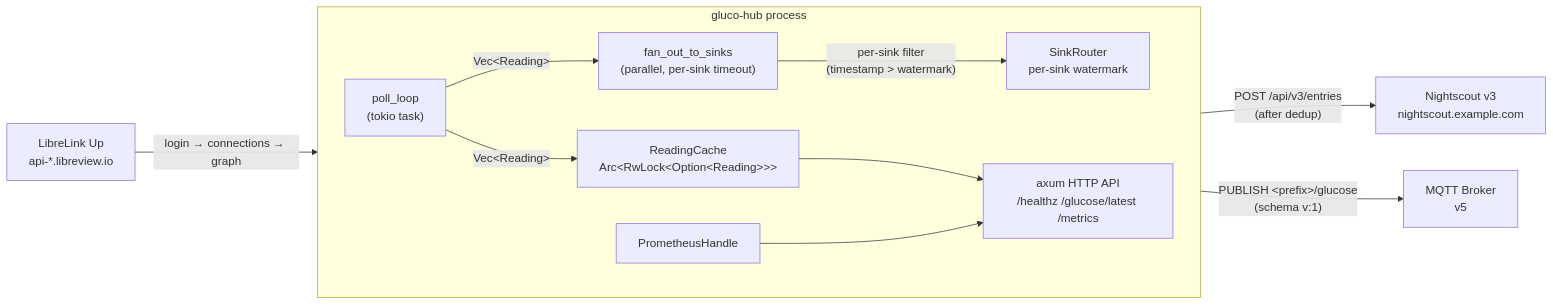
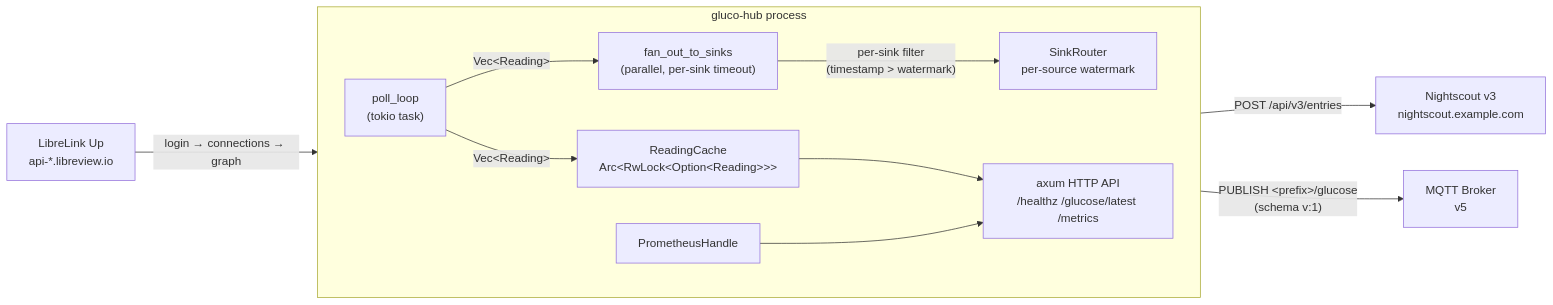
The first of 3 diagrams in docs/ARCHITECTURE.md (micschr0/gluco-hub-rs), drawn with Mermaid before and after one commit. The commit also changed other lines of this file and 6 other files, not shown here.

First line of the commit message:
fix: key SinkRouter watermark per source, drop NS pre-upload dedup (#99)

````diff
--- a/docs/ARCHITECTURE.md
+++ b/docs/ARCHITECTURE.md
@@ -17,25 +17,25 @@
 ```mermaid
 flowchart LR
     LLU["LibreLink Up\napi-*.libreview.io"]
     NS["Nightscout v3\nnightscout.example.com"]
     MQTT_B["MQTT Broker\nv5"]
 
     subgraph Bridge["gluco-hub process"]
         direction LR
         Poll["poll_loop\n(tokio task)"]
         Cache["ReadingCache\nArc&lt;RwLock&lt;Option&lt;Reading&gt;&gt;&gt;"]
         FanOut["fan_out_to_sinks\n(parallel, per-sink timeout)"]
-        Router["SinkRouter\nper-sink watermark"]
+        Router["SinkRouter\nper-source watermark"]
         API["axum HTTP API\n/healthz /glucose/latest /metrics"]
         Metrics["PrometheusHandle"]
     end
 
     LLU -->|"login → connections → graph"| Poll
     Poll -->|"Vec&lt;Reading&gt;"| Cache
     Poll -->|"Vec&lt;Reading&gt;"| FanOut
     FanOut -->|"per-sink filter\n(timestamp &gt; watermark)"| Router
-    Router -->|"POST /api/v3/entries\n(after dedup)"| NS
+    Router -->|"POST /api/v3/entries"| NS
     Router -->|"PUBLISH &lt;prefix&gt;/glucose\n(schema v:1)"| MQTT_B
     Cache --> API
     Metrics --> API
 ```
````
